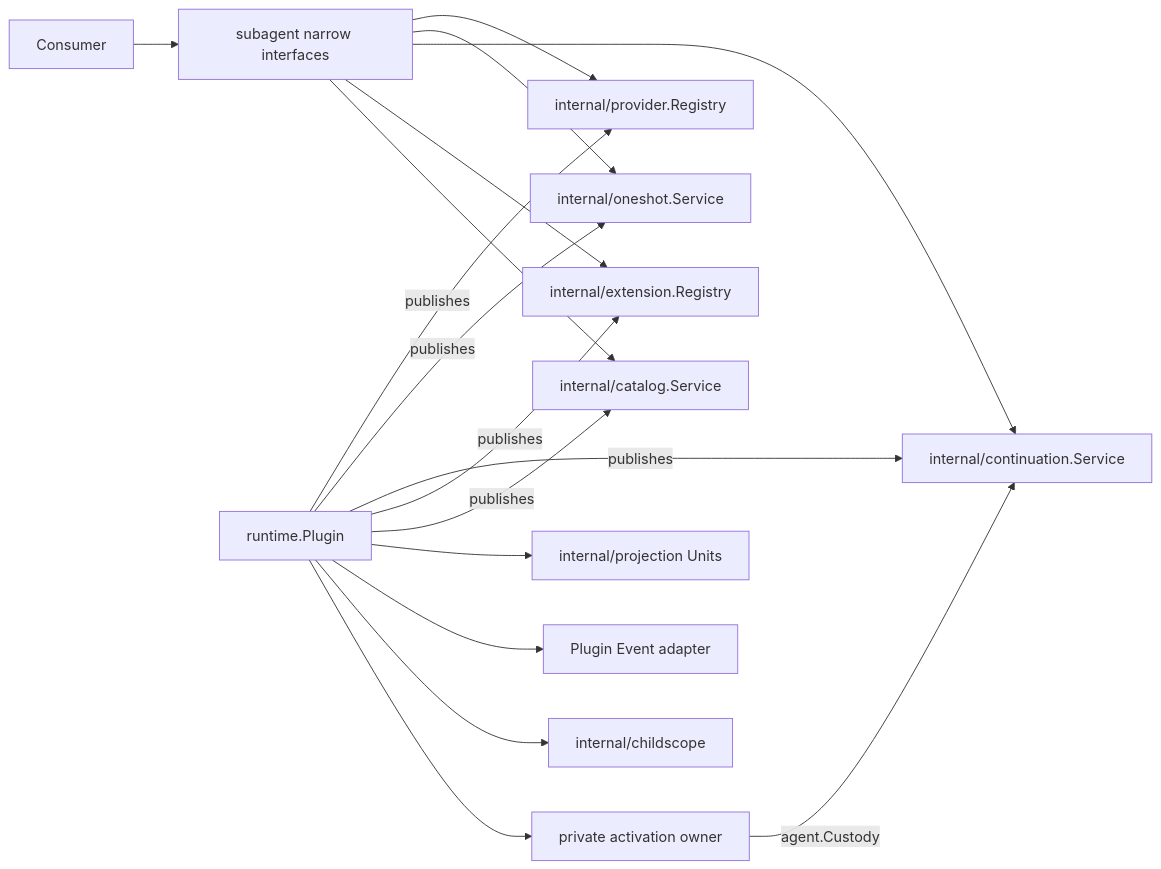
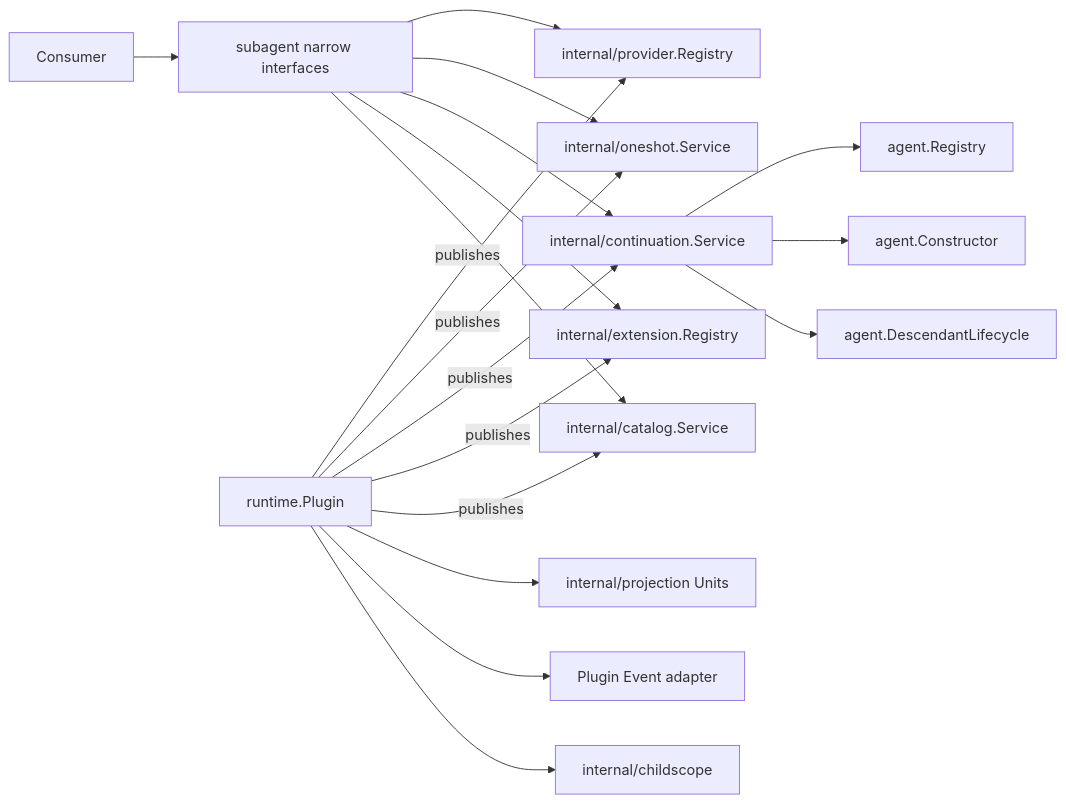
The diagram in subagent/runtime/README.zh-CN.md (gorenx/goren), drawn with Mermaid before and after one commit. The commit also changed other lines of this file and 26 other files, not shown here.

Commit message:
docs(agent): align lifecycle module ownership

````diff
--- a/subagent/runtime/README.zh-CN.md
+++ b/subagent/runtime/README.zh-CN.md
@@ -9,19 +9,20 @@
 ```mermaid
 flowchart LR
     Consumer --> Contracts[subagent narrow interfaces]
     Plugin[runtime.Plugin] -->|publishes| Provider[internal/provider.Registry]
     Plugin -->|publishes| OneShot[internal/oneshot.Service]
     Plugin -->|publishes| Continuation[internal/continuation.Service]
     Plugin -->|publishes| Extension[internal/extension.Registry]
     Plugin -->|publishes| Catalog[internal/catalog.Service]
     Contracts --> Provider
     Contracts --> OneShot
     Contracts --> Continuation
     Contracts --> Extension
     Contracts --> Catalog
     Plugin --> Projection[internal/projection Units]
     Plugin --> Events[Plugin Event adapter]
     Plugin --> ChildScope[internal/childscope]
-    Plugin --> ActivationOwner[private activation owner]
-    ActivationOwner -->|agent.Custody| Continuation
+    Continuation --> AgentRegistry[agent.Registry]
+    Continuation --> Constructor[agent.Constructor]
+    Continuation --> Descendants[agent.DescendantLifecycle]
 ```
````
